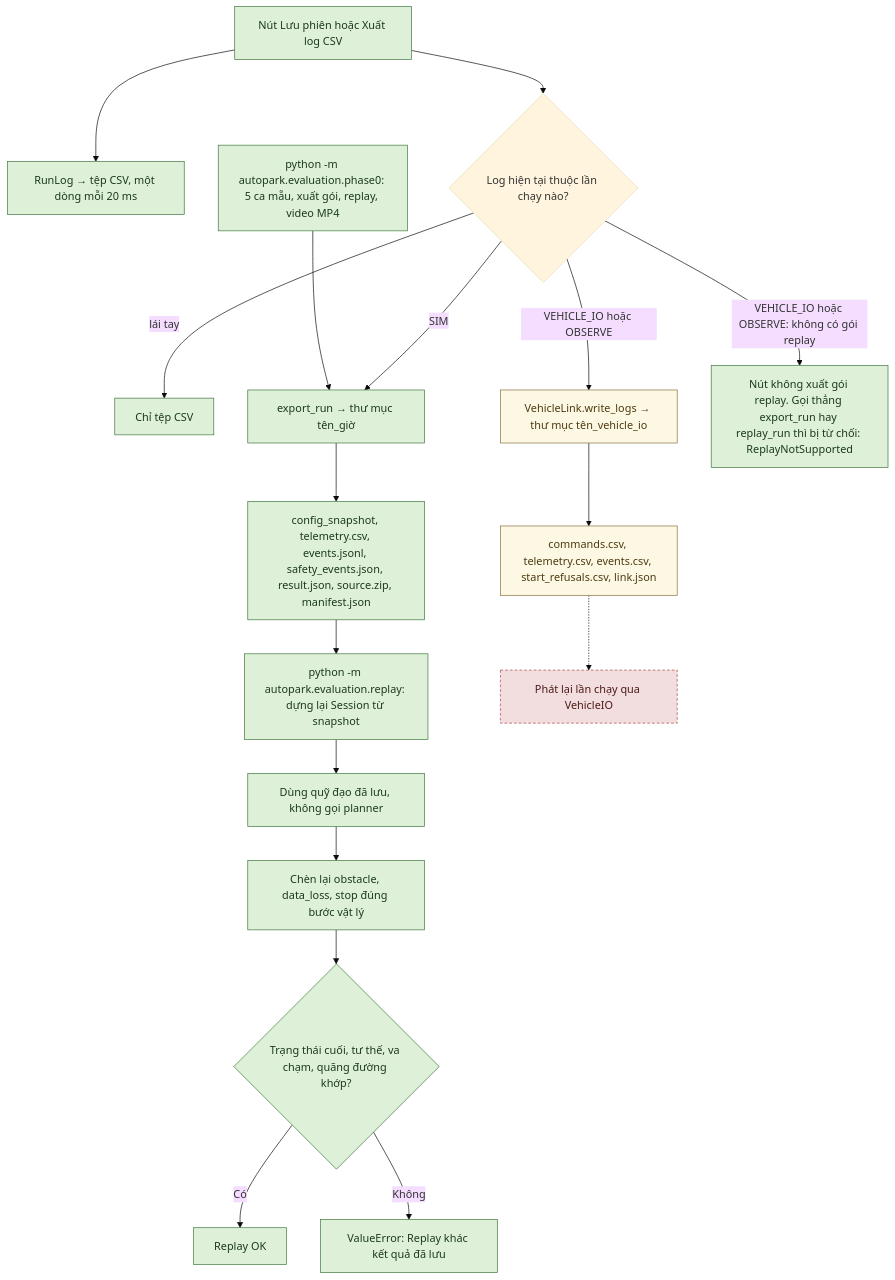
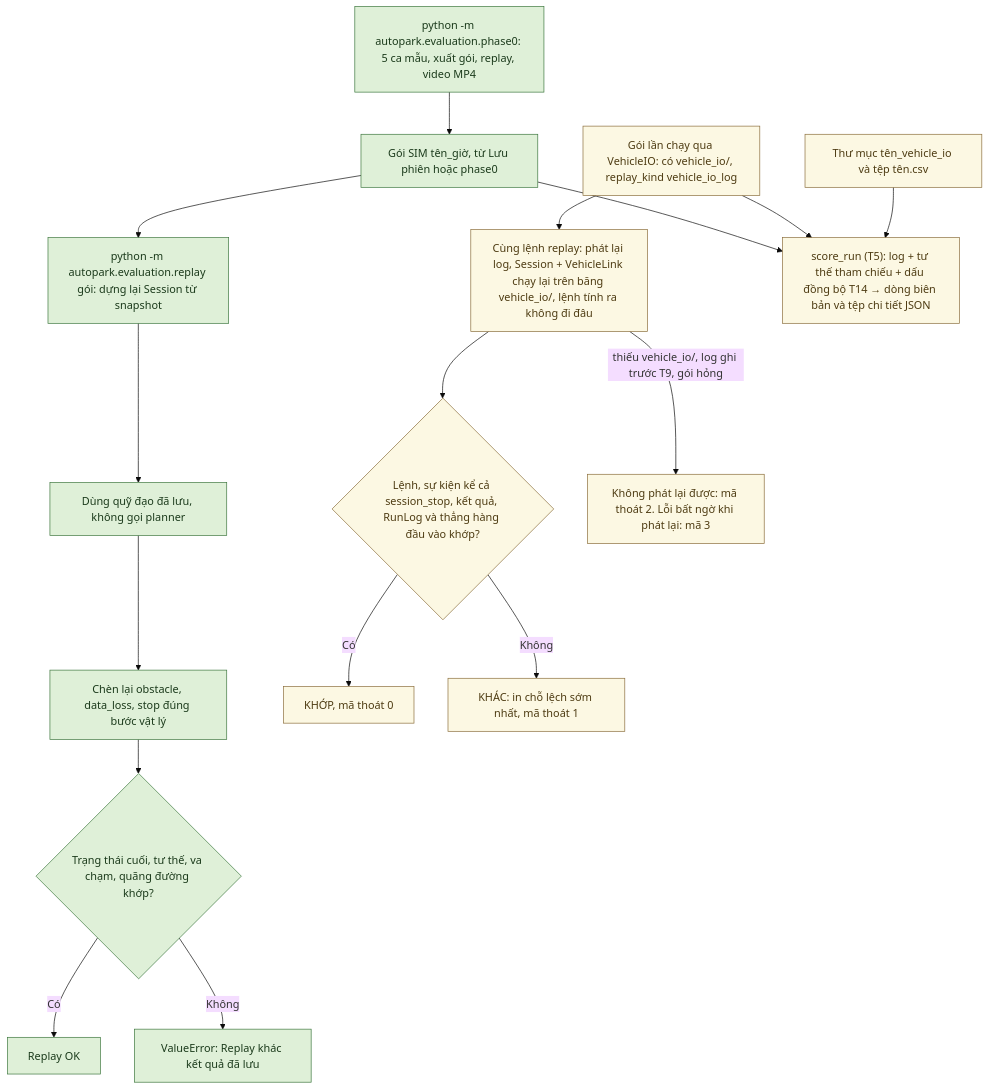
One commit to thbn12082/autopark changed the tenth of 49 diagrams in autopark/docs/SO_DO_HE_THONG.md. Above: the diagram before and after it, drawn with Mermaid (base theme). The commit also changed other lines of this file and 82 other files, not shown here.

````diff
--- a/autopark/docs/SO_DO_HE_THONG.md
+++ b/autopark/docs/SO_DO_HE_THONG.md
@@ -549,25 +617,23 @@
 ```mermaid
 flowchart TD
-    BTN["Nút Lưu phiên hoặc Xuất log CSV"] --> CSV["RunLog → tệp CSV, một dòng mỗi 20 ms"]
-    BTN --> Q{"Log hiện tại thuộc lần chạy nào?"}
-    Q -->|lái tay| MAN["Chỉ tệp CSV"]
-    Q -->|SIM| EXP["export_run → thư mục tên_giờ"]
-    EXP --> FILES["config_snapshot, telemetry.csv, events.jsonl, safety_events.json, result.json, source.zip, manifest.json"]
-    Q -->|VEHICLE_IO hoặc OBSERVE| WL["VehicleLink.write_logs → thư mục tên_vehicle_io"]
-    WL --> VF["commands.csv, telemetry.csv, events.csv, start_refusals.csv, link.json"]
-    Q -->|VEHICLE_IO hoặc OBSERVE: không có gói replay| NR["Nút không xuất gói replay. Gọi thẳng export_run hay replay_run thì bị từ chối: ReplayNotSupported"]
-    CLI["python -m autopark.evaluation.phase0: 5 ca mẫu, xuất gói, replay, video MP4"] --> EXP
-    FILES --> RP["python -m autopark.evaluation.replay: dựng lại Session từ snapshot"]
+    CLI["python -m autopark.evaluation.phase0: 5 ca mẫu, xuất gói, replay, video MP4"] --> PS
+    PS["Gói SIM tên_giờ, từ Lưu phiên hoặc phase0"] --> RP["python -m autopark.evaluation.replay gói: dựng lại Session từ snapshot"]
     RP --> TRJ["Dùng quỹ đạo đã lưu, không gọi planner"]
     TRJ --> EV["Chèn lại obstacle, data_loss, stop đúng bước vật lý"]
     EV --> CMP{"Trạng thái cuối, tư thế, va chạm, quãng đường khớp?"}
     CMP -->|Có| OK["Replay OK"]
     CMP -->|Không| ERR["ValueError: Replay khác kết quả đã lưu"]
-    VF -.-> VREP["Phát lại lần chạy qua VehicleIO"]
+    PV["Gói lần chạy qua VehicleIO: có vehicle_io/, replay_kind vehicle_io_log"] --> VREP["Cùng lệnh replay: phát lại log, Session + VehicleLink chạy lại trên băng vehicle_io/, lệnh tính ra không đi đâu"]
+    VREP --> VCMP{"Lệnh, sự kiện kể cả session_stop, kết quả, RunLog và thẳng hàng đầu vào khớp?"}
+    VCMP -->|Có| VOK["KHỚP, mã thoát 0"]
+    VCMP -->|Không| VERR["KHÁC: in chỗ lệch sớm nhất, mã thoát 1"]
+    VREP -->|thiếu vehicle_io/, log ghi trước T9, gói hỏng| VNS["Không phát lại được: mã thoát 2. Lỗi bất ngờ khi phát lại: mã 3"]
+    PS --> SR["score_run (T5): log + tư thế tham chiếu + dấu đồng bộ T14 → dòng biên bản và tệp chi tiết JSON"]
+    PV --> SR
+    TV["Thư mục tên_vehicle_io và tệp tên.csv"] --> SR
     classDef daco fill:#dff0d8,stroke:#3c763d,color:#1b3a1b
     classDef giaLap fill:#fcf8e3,stroke:#8a6d3b,color:#4d3b12
     classDef chuaLam fill:#f2dede,stroke:#a94442,color:#4d1a1a,stroke-dasharray: 4 3
-    class BTN,CSV,MAN,EXP,FILES,NR,CLI,RP,TRJ,EV,CMP,OK,ERR daco
-    class WL,VF giaLap
-    class VREP chuaLam
+    class CLI,PS,RP,TRJ,EV,CMP,OK,ERR daco
+    class PV,VREP,VCMP,VOK,VERR,VNS,SR,TV giaLap
 ```
````
